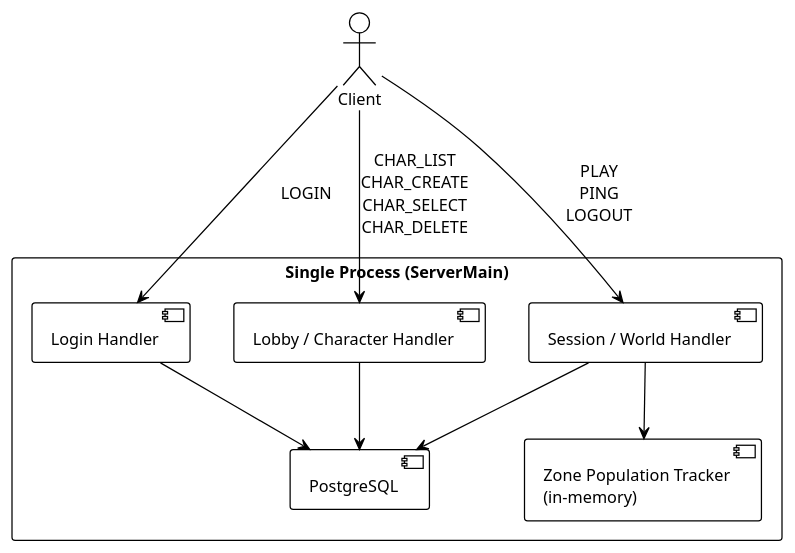
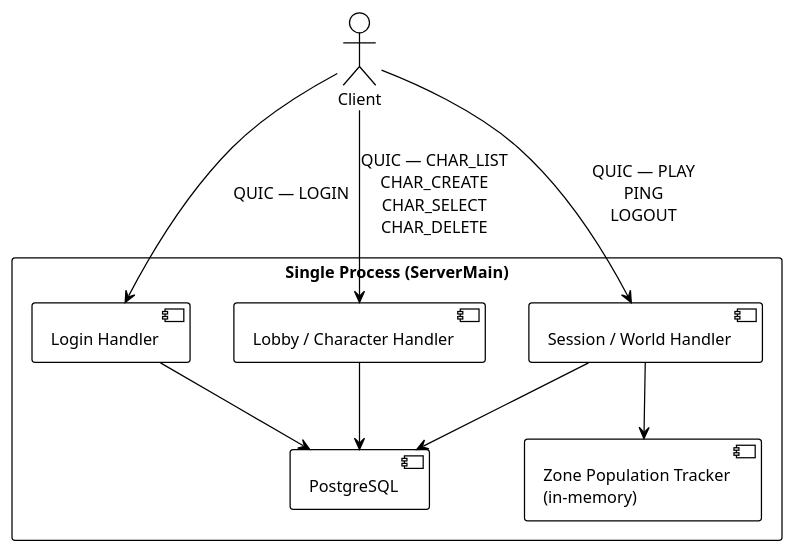
One commit to TheStackTraceWhisperer/catalyst changed the third of 8 diagrams in docs/network-architecture.md. Above: the diagram before and after it, drawn with PlantUML. The commit also changed other lines of this file, not shown here.

First line of the commit message:
Update network architecture: QUIC throughout, internal trust model

````diff
--- a/docs/network-architecture.md
+++ b/docs/network-architecture.md
@@ -62,24 +135,24 @@
 ```plantuml
 @startuml milestone1
 !theme plain
 skinparam defaultFontSize 13
 
 actor Client
 
 rectangle "Single Process (ServerMain)" {
   component [Login Handler] as LH
   component [Lobby / Character Handler] as CH
   component [Session / World Handler] as SH
   component [Zone Population Tracker\n(in-memory)] as ZT
   database [PostgreSQL] as DB
 }
 
-Client --> LH : LOGIN
-Client --> CH : CHAR_LIST\nCHAR_CREATE\nCHAR_SELECT\nCHAR_DELETE
-Client --> SH : PLAY\nPING\nLOGOUT
+Client --> LH : QUIC — LOGIN
+Client --> CH : QUIC — CHAR_LIST\nCHAR_CREATE\nCHAR_SELECT\nCHAR_DELETE
+Client --> SH : QUIC — PLAY\nPING\nLOGOUT
 LH --> DB
 CH --> DB
 SH --> DB
 SH --> ZT
 @enduml
 ```
````
